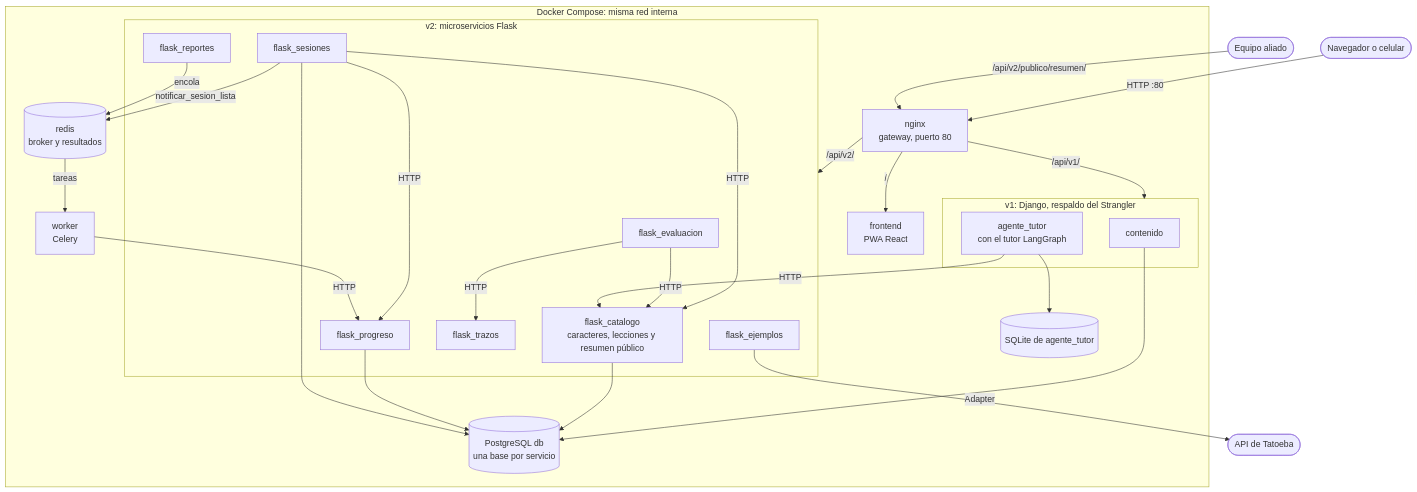
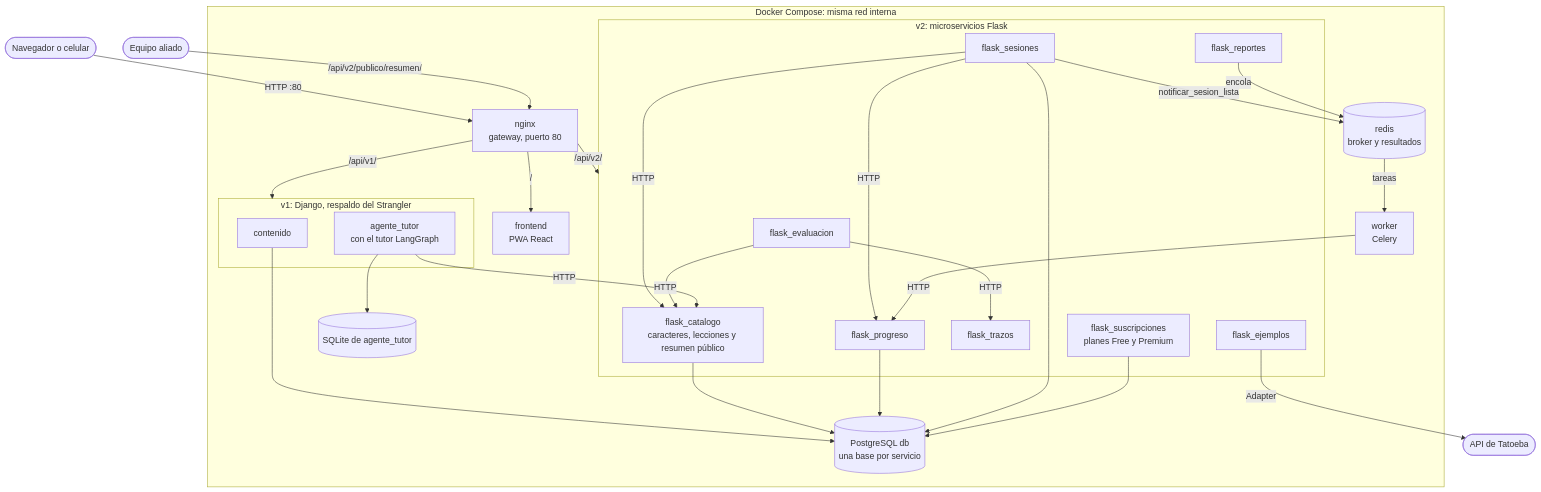
Before and after one commit to jalvarez01/HanZi-Mentor: the third of 9 diagrams in docs/wiki/Entrega-II.md, drawn with Mermaid. The commit also changed other lines of this file and 1 other file, not shown here.

Commit message:
docs: suscripciones en el readme y la wiki

````diff
--- a/docs/wiki/Entrega-II.md
+++ b/docs/wiki/Entrega-II.md
@@ -201,54 +202,56 @@
 ```mermaid
 flowchart TB
     usuario(["Navegador o celular"])
     aliado(["Equipo aliado"])
     tatoeba(["API de Tatoeba"])
 
     subgraph docker["Docker Compose: misma red interna"]
         nginx["nginx<br/>gateway, puerto 80"]
         frontend["frontend<br/>PWA React"]
 
         subgraph v1["v1: Django, respaldo del Strangler"]
             contenido["contenido"]
             tutor["agente_tutor<br/>con el tutor LangGraph"]
         end
 
         subgraph v2["v2: microservicios Flask"]
             catalogo["flask_catalogo<br/>caracteres, lecciones y resumen público"]
             sesiones["flask_sesiones"]
             progreso["flask_progreso"]
             evaluacion["flask_evaluacion"]
             trazos["flask_trazos"]
             ejemplos["flask_ejemplos"]
             reportes["flask_reportes"]
+            suscripciones["flask_suscripciones<br/>planes Free y Premium"]
         end
 
         redis[("redis<br/>broker y resultados")]
         worker["worker<br/>Celery"]
         db[("PostgreSQL db<br/>una base por servicio")]
         sqlite[("SQLite de agente_tutor")]
     end
 
     usuario -->|"HTTP :80"| nginx
     aliado -->|"/api/v2/publico/resumen/"| nginx
     nginx -->|"/"| frontend
     nginx -->|"/api/v1/"| v1
     nginx -->|"/api/v2/"| v2
 
     sesiones -->|"HTTP"| catalogo
     sesiones -->|"HTTP"| progreso
     sesiones -->|"notificar_sesion_lista"| redis
     evaluacion -->|"HTTP"| catalogo
     evaluacion -->|"HTTP"| trazos
     reportes -->|"encola"| redis
     redis -->|"tareas"| worker
     worker -->|"HTTP"| progreso
     ejemplos -->|"Adapter"| tatoeba
     tutor -->|"HTTP"| catalogo
 
     contenido --> db
     catalogo --> db
     progreso --> db
     sesiones --> db
+    suscripciones --> db
     tutor --> sqlite
 ```
````
